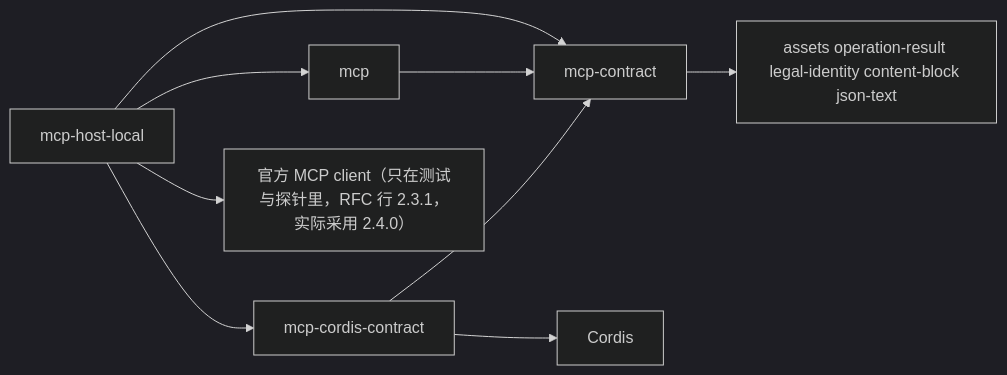
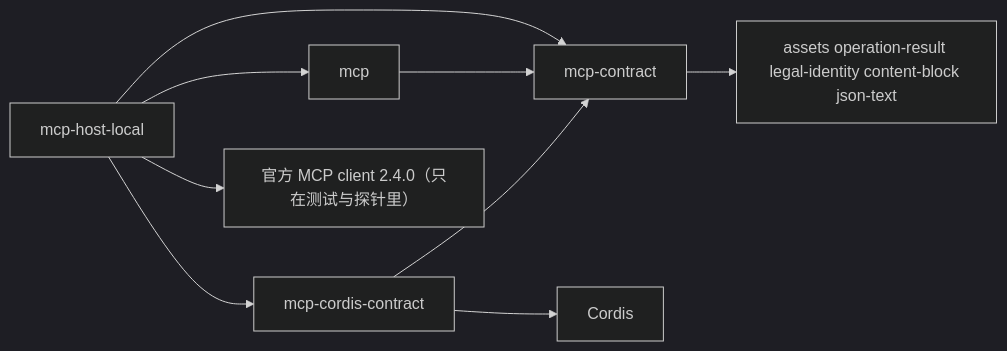
Before and after one commit to nemori-ai/omne-harness-lite: the diagram in packages/mcp/README.md, drawn with Mermaid (dark theme). The commit also changed other lines of this file and 3 other files, not shown here.

First line of the commit message:
docs(mcp): MCP SDK 版本行对齐 2.4.0，RFC-0001 加更正标注（#1155）

````diff
--- a/packages/mcp/README.md
+++ b/packages/mcp/README.md
@@ -24,11 +24,11 @@
 ```mermaid
 flowchart LR
     hostLocal[mcp-host-local] --> mcp[mcp]
     hostLocal --> cordisContract[mcp-cordis-contract]
     hostLocal --> contract[mcp-contract]
-    hostLocal --> sdk["官方 MCP client（只在测试与探针里，RFC 行 2.3.1，实际采用 2.4.0）"]
+    hostLocal --> sdk["官方 MCP client 2.4.0（只在测试与探针里）"]
     mcp --> contract
     cordisContract --> contract
     cordisContract --> cordis[Cordis]
     contract --> common[assets operation-result legal-identity content-block json-text]
 ```
````
